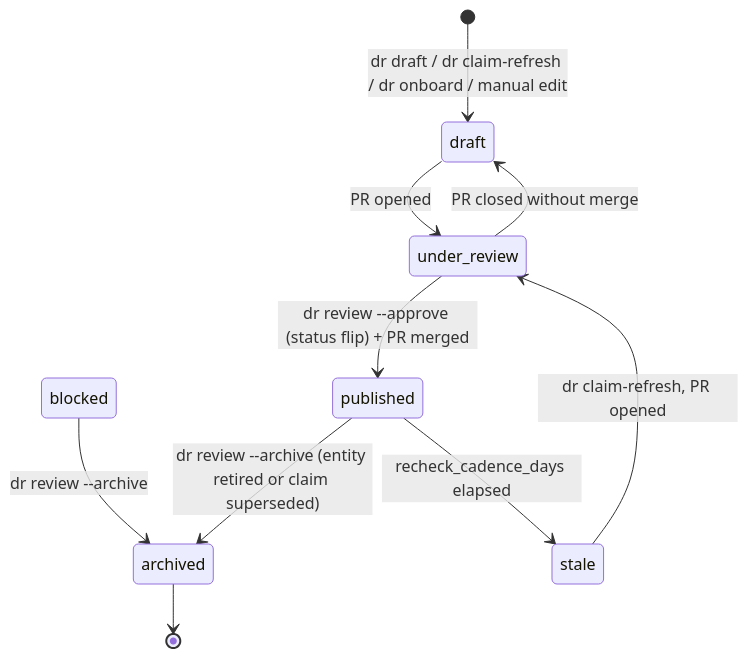
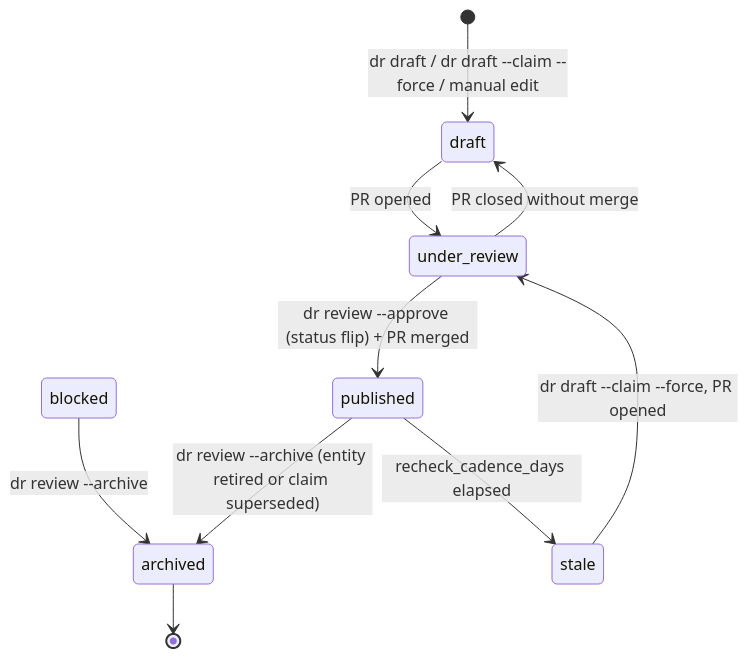
Before and after one commit to dangerous-robot/site: the first of 6 diagrams in docs/architecture/research-flow.md, drawn with Mermaid. The commit also changed other lines of this file and 58 other files, not shown here.

````diff
--- a/docs/architecture/research-flow.md
+++ b/docs/architecture/research-flow.md
@@ -19,12 +19,12 @@
 ```mermaid
 stateDiagram-v2
-    [*] --> draft: dr draft / dr claim-refresh / dr onboard / manual edit
+    [*] --> draft: dr draft / dr draft --claim --force / manual edit
     blocked --> archived: dr review --archive
     draft --> under_review: PR opened
     under_review --> draft: PR closed without merge
     under_review --> published: dr review --approve (status flip) + PR merged
     published --> stale: recheck_cadence_days elapsed
-    stale --> under_review: dr claim-refresh, PR opened
+    stale --> under_review: dr draft --claim --force, PR opened
     published --> archived: dr review --archive (entity retired or claim superseded)
     archived --> [*]
 ```
````
